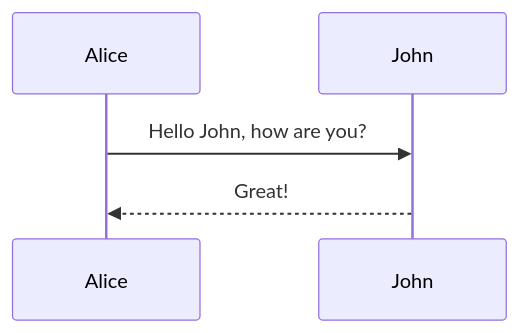
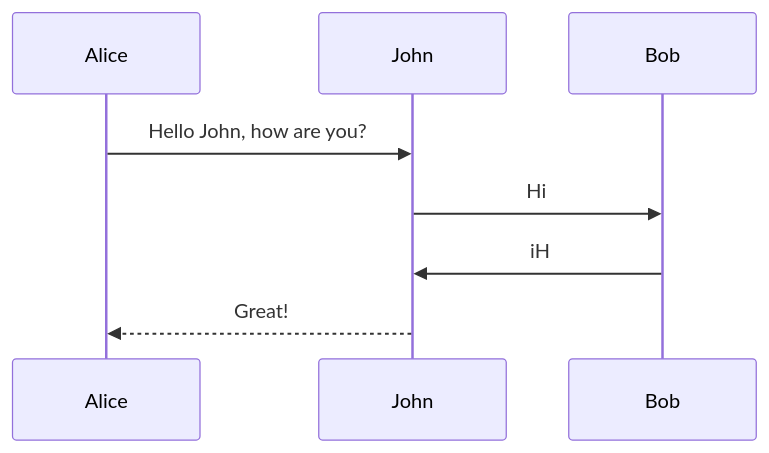
One commit to cyberegoorg/cetech changed the diagram in docs/engine/resource.md. Above: the diagram before and after it, drawn with Mermaid. The commit also changed other lines of this file and 73 other files, not shown here.

Commit message:
#269 New playground architecture: big fucking commit 2

```diff
--- a/docs/engine/resource.md
+++ b/docs/engine/resource.md
@@ -5,6 +5,8 @@
 <div class="mermaid">
 %% Example of sequence diagram
 sequenceDiagram
     Alice->>John: Hello John, how are you?
+    John->> Bob: Hi
+    Bob->> John: iH
     John-->>Alice: Great!
 </div>
```
